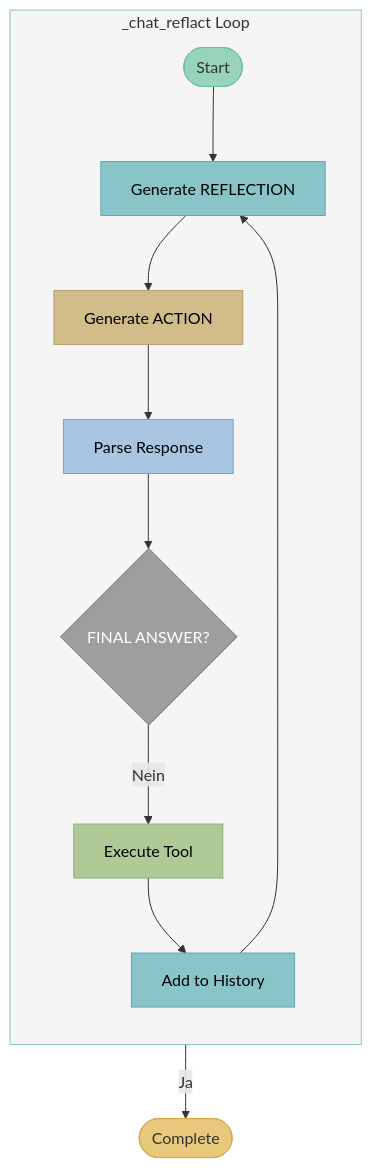
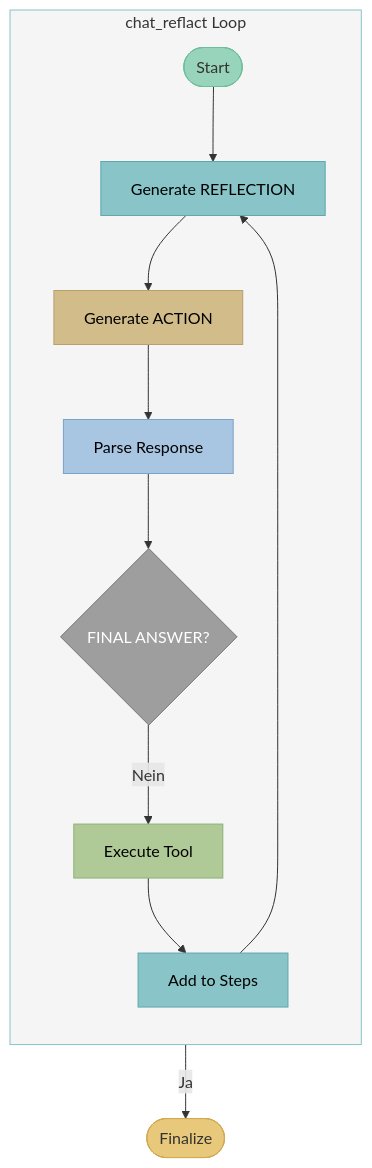
The second of 2 diagrams in docs/docs/agentic-ai/reflact.md (th-nuernberg/llars), drawn with Mermaid before and after one commit. The commit also changed other lines of this file and 72 other files, not shown here.

````diff
--- a/docs/docs/agentic-ai/reflact.md
+++ b/docs/docs/agentic-ai/reflact.md
@@ -172,24 +163,24 @@
 ```mermaid
 flowchart TB
-    subgraph main[_chat_reflact Loop]
+    subgraph main[chat_reflact Loop]
         direction TB
         start([Start]) --> refl[Generate REFLECTION]
         refl --> action[Generate ACTION]
         action --> parse[Parse Response]
         parse --> check{FINAL ANSWER?}
         check -->|Nein| exec[Execute Tool]
-        exec --> history[Add to History]
+        exec --> history[Add to Steps]
         history --> refl
     end
-    check -->|Ja| done([Complete])
+    check -->|Ja| done([Finalize])
 
     style start fill:#98d4bb,stroke:#6bbf9a
     style refl fill:#88c4c8,stroke:#5fa8ad,color:#000
     style action fill:#D1BC8A,stroke:#b8a06a,color:#000
     style parse fill:#a8c5e2,stroke:#7ba3c9,color:#000
     style check fill:#9e9e9e,stroke:#757575,color:#fff
     style exec fill:#b0ca97,stroke:#8fb077,color:#000
     style history fill:#88c4c8,stroke:#5fa8ad,color:#000
     style done fill:#e8c87a,stroke:#d4a84b
     style main fill:#f5f5f5,stroke:#88c4c8
 ```
````
